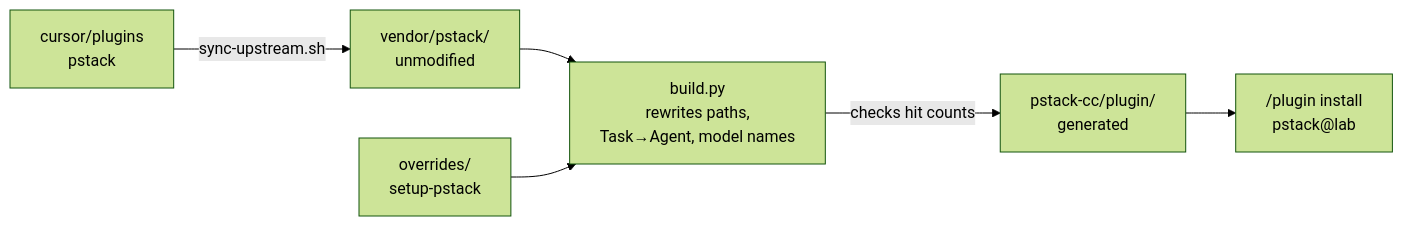
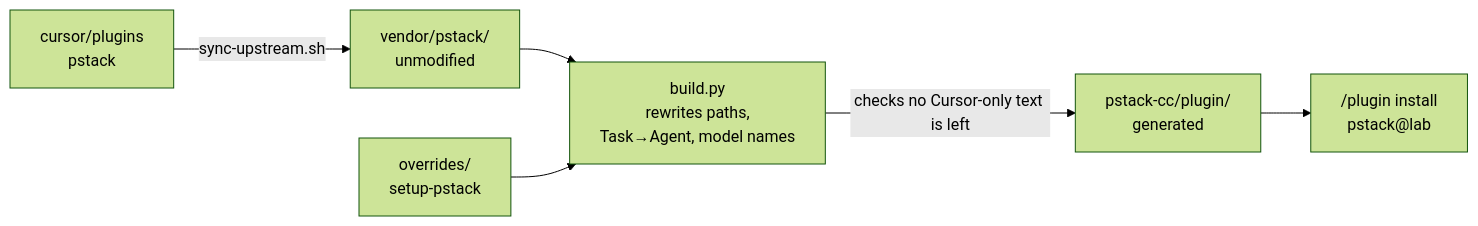
Diagram 12 of 12 in pstack-cc/docs/skill-map.en.md (souljazzfunk/lab), drawn with Mermaid (forest theme) before and after one commit. The commit also changed other lines of this file and 7 other files, not shown here.

First line of the commit message:
pstack-cc: build は当たり回数ではなく「Cursor 固有の記述が残らないこと」だけを検査する (#95)

````diff
--- a/pstack-cc/docs/skill-map.en.md
+++ b/pstack-cc/docs/skill-map.en.md
@@ -214,8 +214,8 @@
 ```mermaid
 flowchart LR
   UP["cursor/plugins<br/>pstack"] -->|sync-upstream.sh| V["vendor/pstack/<br/>unmodified"]
   V --> B["build.py<br/>rewrites paths,<br/>Task→Agent, model names"]
   O["overrides/<br/>setup-pstack"] --> B
-  B -->|checks hit counts| P["pstack-cc/plugin/<br/>generated"]
+  B -->|checks no Cursor-only text is left| P["pstack-cc/plugin/<br/>generated"]
   P --> M["/plugin install<br/>pstack@lab"]
 ```
````
